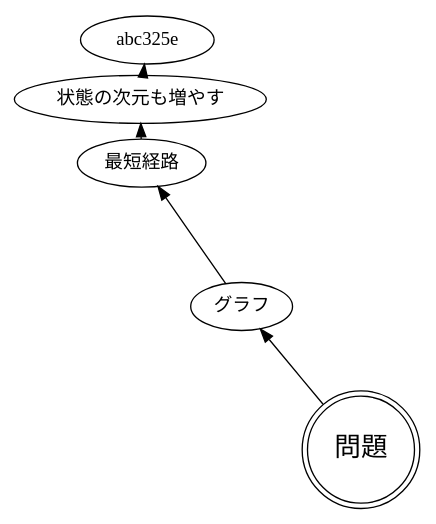
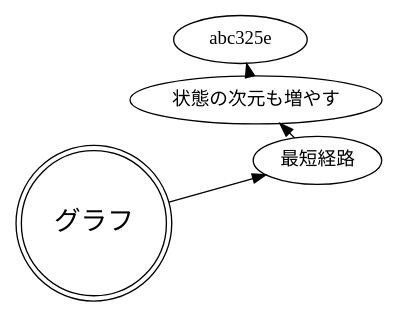
One commit to Memories-of-Sun-and-Moon/cp_templates changed the diagram in __typicals/graph.dot. Above: the diagram before and after it, drawn with Graphviz.

Commit message:
記法の変更

```diff
--- a/__typicals/graph.dot
+++ b/__typicals/graph.dot
@@ -1,13 +1,11 @@
 digraph G {
     graph [
         layout = fdp;
     ];
 
-    問題 [shape=doublecircle,fontsize=20];
-
-    問題 -> グラフ;
-
+    グラフ [shape=doublecircle,fontsize=20];
+    
     グラフ -> 最短経路;
         最短経路 -> 状態の次元も増やす;
             状態の次元も増やす -> abc325e;
 }
```
